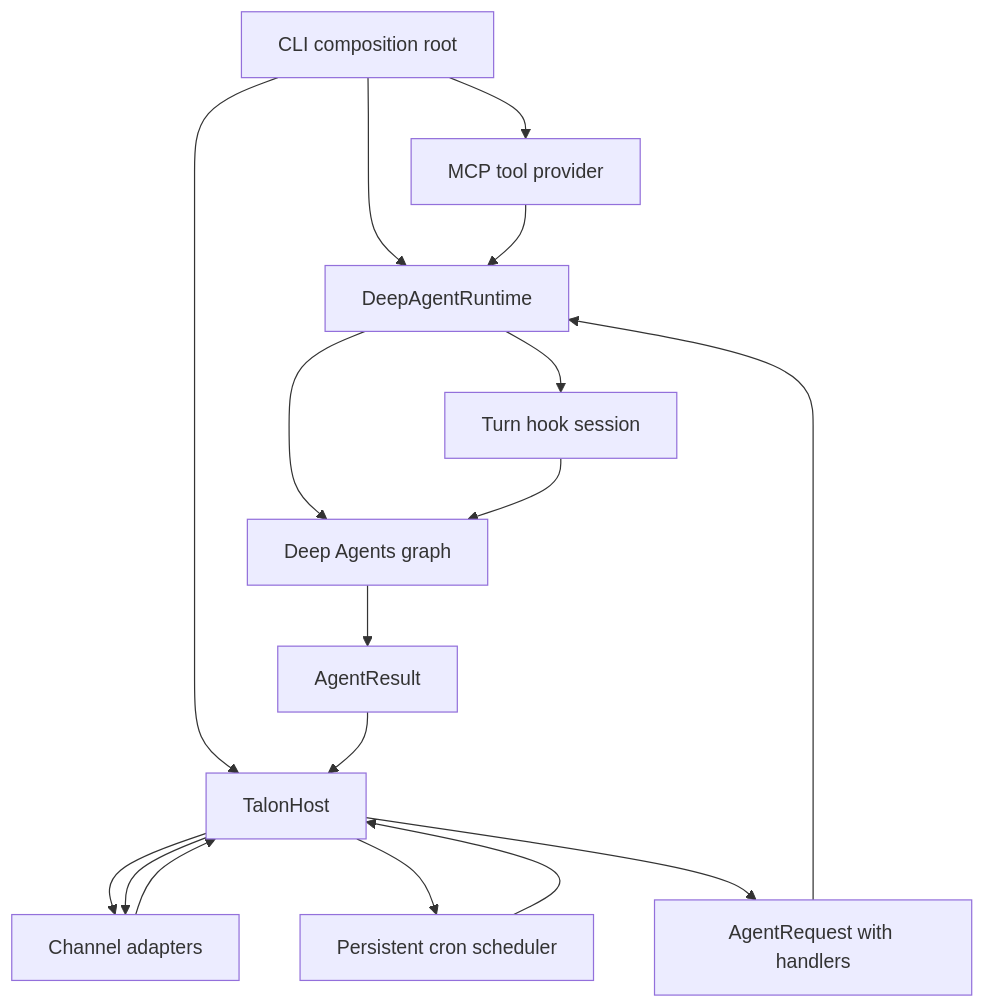
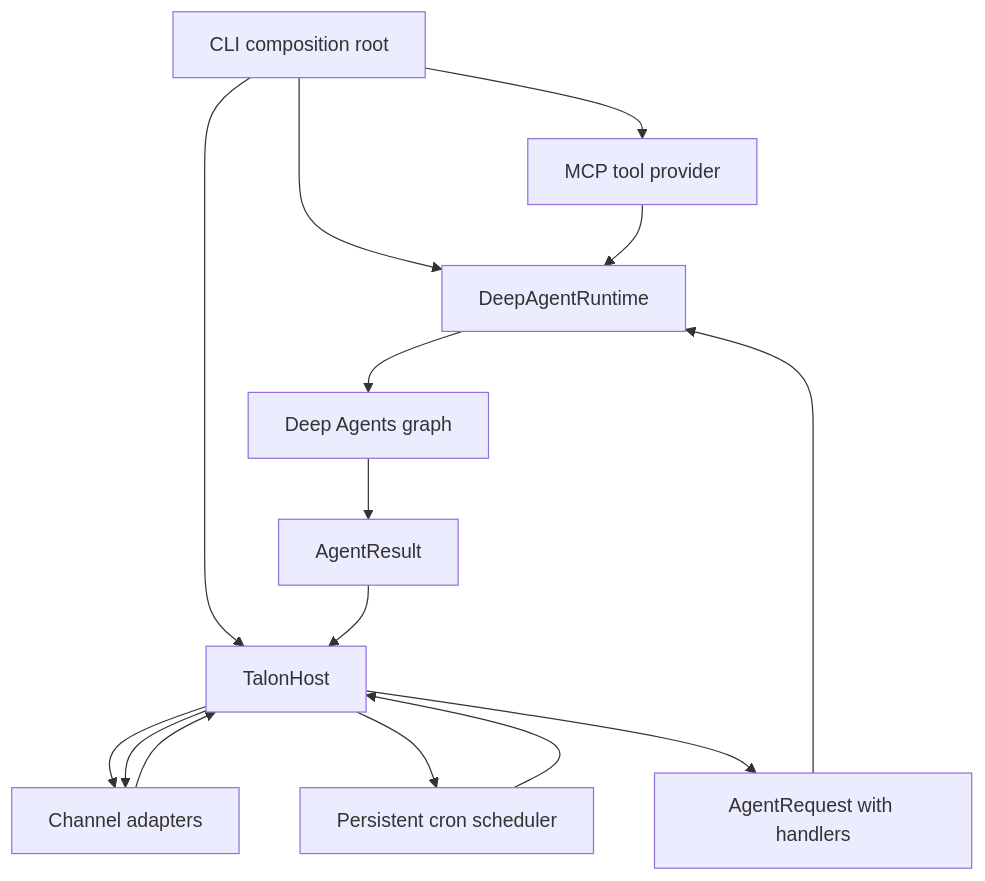
Before and after one commit to langchain-ai/deepagents: the first of 2 diagrams in openwiki/integrations/talon.md, drawn with Mermaid. The commit also changed other lines of this file and 43 other files, not shown here.

````diff
--- a/openwiki/integrations/talon.md
+++ b/openwiki/integrations/talon.md
@@ -47,19 +57,17 @@
 ```mermaid
 flowchart TD
     CLI["CLI composition root"] --> MCP["MCP tool provider"]
     CLI --> Host["TalonHost"]
     CLI --> Runtime["DeepAgentRuntime"]
     MCP --> Runtime
     Host --> Channel["Channel adapters"]
     Host --> Scheduler["Persistent cron scheduler"]
     Channel --> Host
     Scheduler --> Host
     Host --> Request["AgentRequest with handlers"]
     Request --> Runtime
-    Runtime --> Hooks["Turn hook session"]
     Runtime --> Graph["Deep Agents graph"]
-    Hooks --> Graph
     Graph --> Result["AgentResult"]
     Result --> Host
     Host --> Channel
 ```
````
